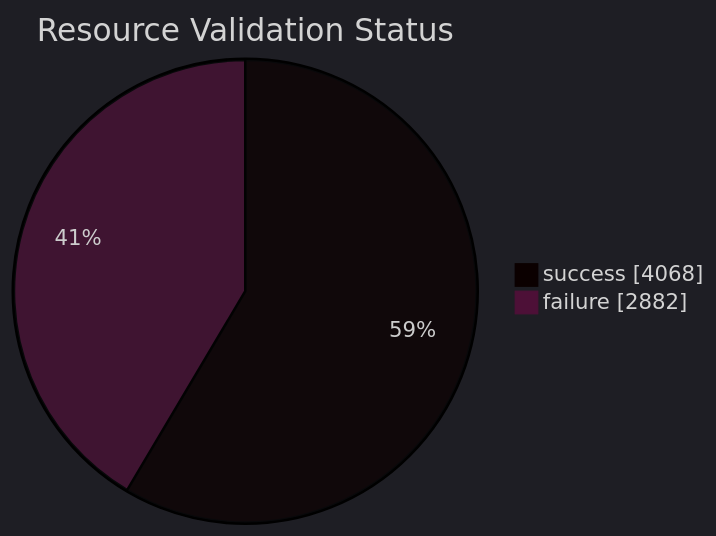
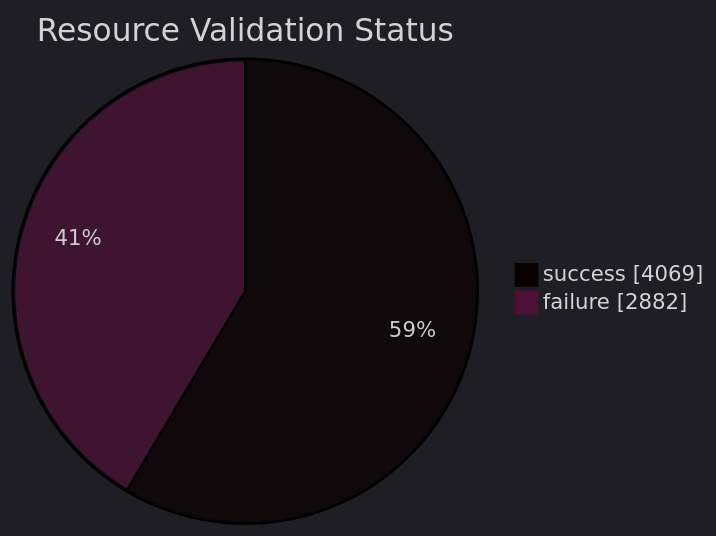
Before and after one commit to open-data/analytics-corporate-reporting: the diagram in datastore_tracker/resource_validation_status_pie_chart.md, drawn with Mermaid. The commit also changed 11 other files, not shown here.

````diff
--- a/datastore_tracker/resource_validation_status_pie_chart.md
+++ b/datastore_tracker/resource_validation_status_pie_chart.md
@@ -2,9 +2,9 @@
 ```mermaid
 ---
 config:
   theme: dark
 ---
 pie showData title Resource Validation Status
-    "success": 4068
+    "success": 4069
     "failure": 2882
 ```
````
